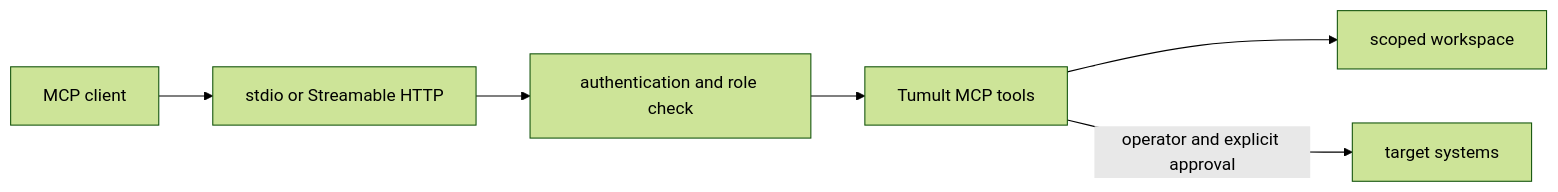
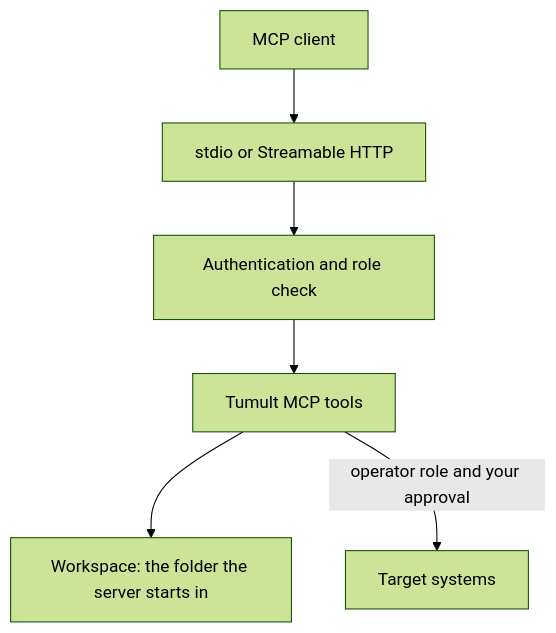
Before and after one commit to mwigge/tumult: the diagram in docs/guides/mcp-guide.md, drawn with Mermaid (forest theme). The commit also changed other lines of this file and 26 other files, not shown here.

````diff
--- a/docs/guides/mcp-guide.md
+++ b/docs/guides/mcp-guide.md
@@ -35,10 +17,10 @@
 ```mermaid
-flowchart LR
+flowchart TD
     accTitle: Tumult MCP trust boundary
     accDescr: A local or HTTP MCP client authenticates to the Tumult server, which authorizes tool calls before reading workspace evidence or invoking targets.
     client[MCP client] --> transport[stdio or Streamable HTTP]
-    transport --> auth[authentication and role check]
+    transport --> auth[Authentication and role check]
     auth --> server[Tumult MCP tools]
-    server --> workspace[scoped workspace]
-    server -->|operator and explicit approval| targets[target systems]
+    server --> workspace[Workspace: the folder the server starts in]
+    server -->|operator role and your approval| targets[Target systems]
 ```
````
